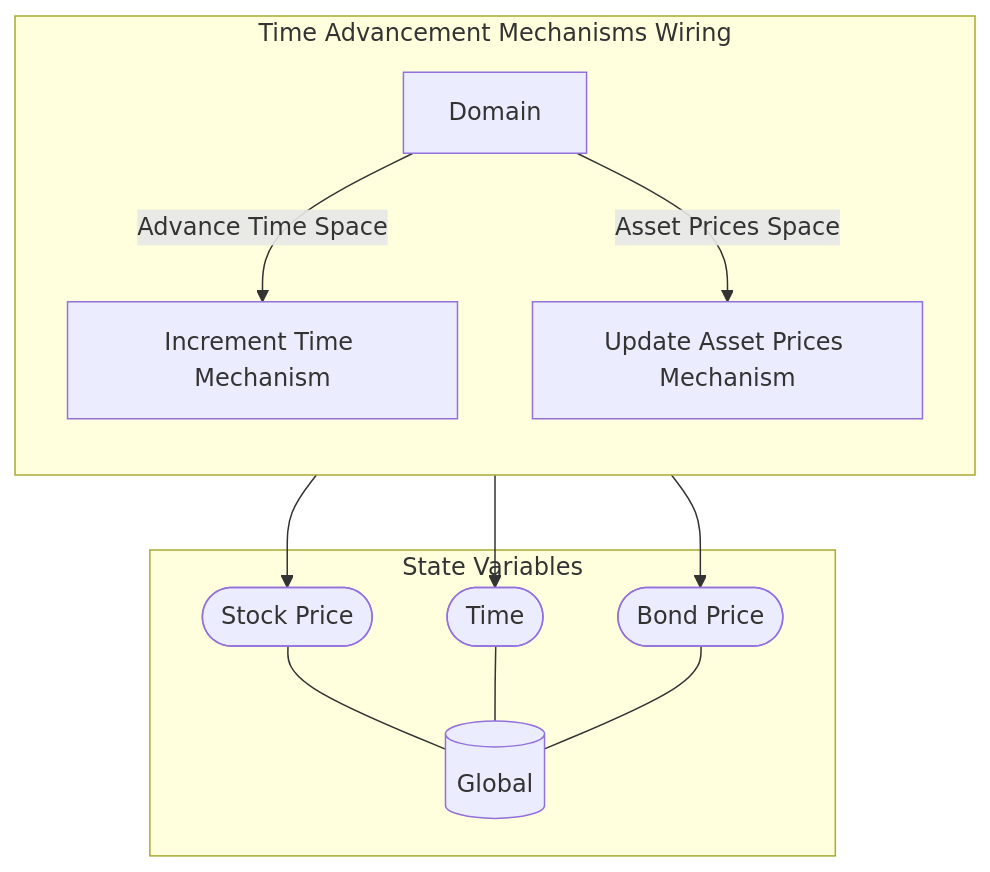
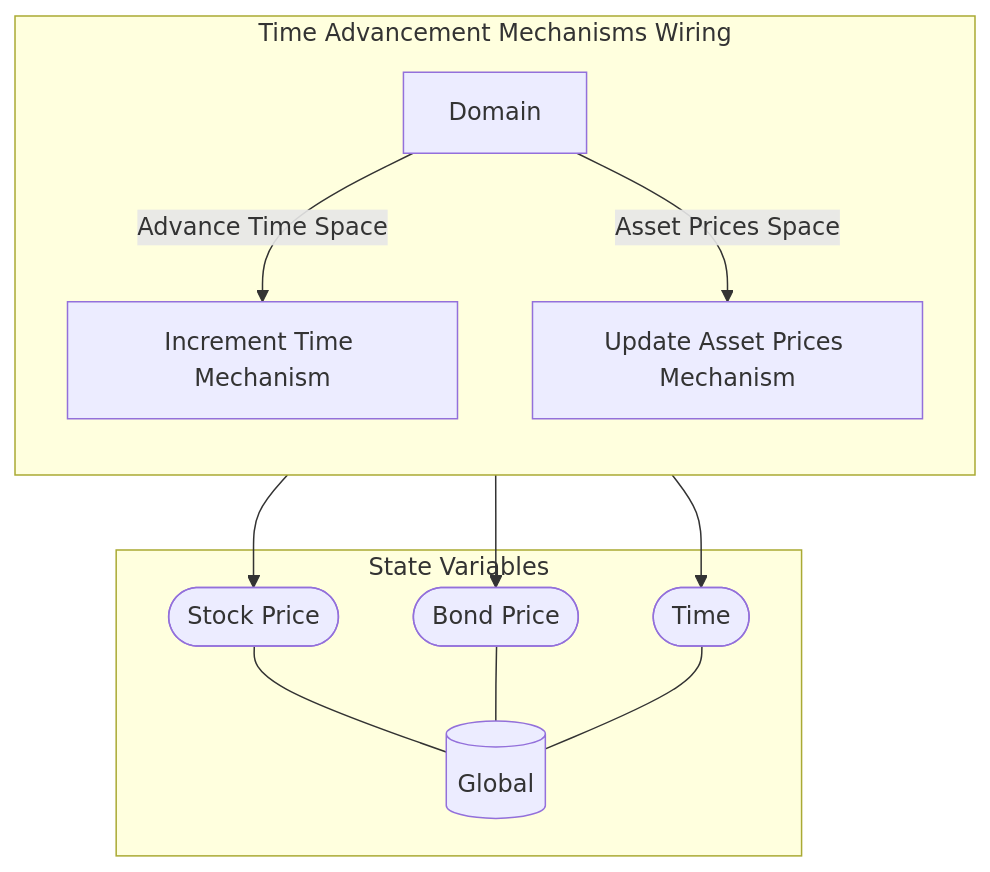
The diagram in examples/RetirementPlanning/reports/Markdown/Wiring/Time Advancement Mechanisms Wiring.md (BlockScience/MSML), drawn with Mermaid before and after one commit. The commit also changed other lines of this file and 7 other files, not shown here.

````diff
--- a/examples/RetirementPlanning/reports/Markdown/Wiring/Time Advancement Mechanisms Wiring.md
+++ b/examples/RetirementPlanning/reports/Markdown/Wiring/Time Advancement Mechanisms Wiring.md
@@ -3,28 +3,28 @@
 ```mermaid
 graph TB
 
 subgraph SVS["State Variables"]
 EE0[("Global")]
 EES0(["Stock Price"])
 EES0 --- EE0
-EES1(["Time"])
+EES1(["Bond Price"])
 EES1 --- EE0
-EES2(["Bond Price"])
+EES2(["Time"])
 EES2 --- EE0
 end
 
 subgraph X5["Time Advancement Mechanisms Wiring"]
 direction TB
 X1["Increment Time Mechanism"]
-X1 --> EES1
+X1 --> EES2
 X2["Update Asset Prices Mechanism"]
 X2 --> EES0
-X2 --> EES2
+X2 --> EES1
 X3[Domain]
 
 direction LR
 direction TB
 X3 --"Advance Time Space"--> X1
 X3 --"Asset Prices Space"--> X2
 end
 ```
````
